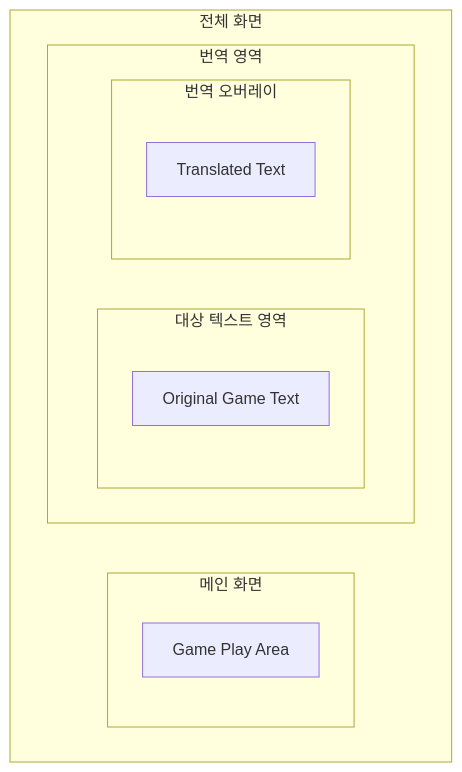
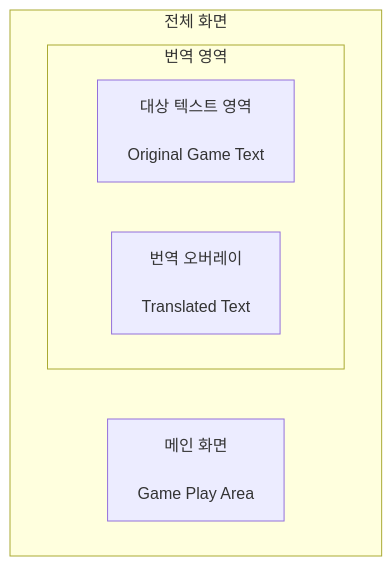
One commit to Pcs0204/ScreenTranslator changed the diagram in Analysis_[22411982_박찬승].md. Above: the diagram before and after it, drawn with Mermaid.

````diff
--- a/Analysis_[22411982_박찬승].md
+++ b/Analysis_[22411982_박찬승].md
@@ -259,25 +259,17 @@
 ```mermaid
 flowchart TB
 
     subgraph Window["전체 화면"]
 
-        subgraph Game["메인 화면"]
-            G1["Game Play Area"]
-        end
+        Game["메인 화면<br/><br/>Game Play Area"]
 
         subgraph Translator["번역 영역"]
-
             direction LR
 
-            subgraph BottomText["대상 텍스트 영역"]
-                T1["Original Game Text"]
-            end
+            BottomText["대상 텍스트 영역<br/><br/>Original Game Text"]
 
-            subgraph Overlay["번역 오버레이"]
-                O1["Translated Text"]
-            end
-
+            Overlay["번역 오버레이<br/><br/>Translated Text"]
         end
 
     end
 ```
````
